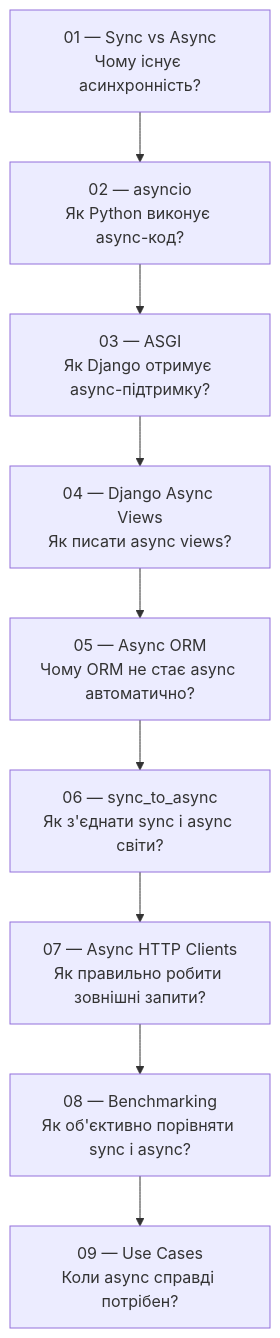
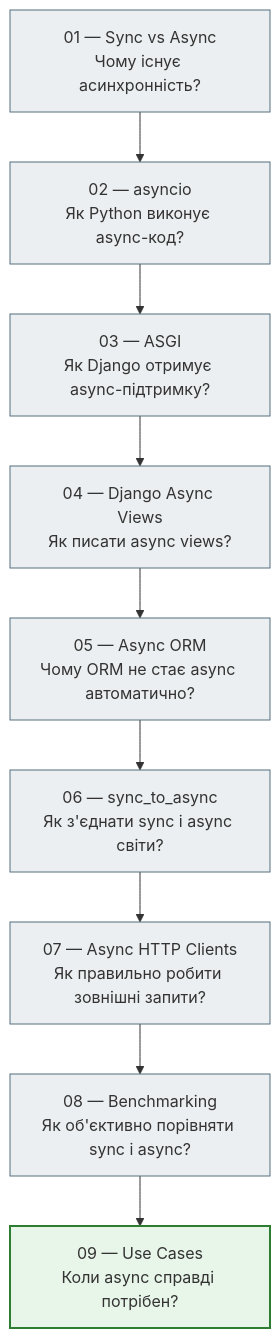
Before and after one commit to NikoriakViktot/notes_chat_app: the diagram in docs/reference/legacy_indexes/index_7.md, drawn with Mermaid. The commit also changed 441 other files, not shown here.

First line of the commit message:
Add English version of the book, Mermaid standard, docs fixes

````diff
--- a/docs/reference/legacy_indexes/index_7.md
+++ b/docs/reference/legacy_indexes/index_7.md
@@ -22,11 +22,17 @@
 ```mermaid
 flowchart TD
-    A["01 — Sync vs Async\nЧому існує асинхронність?"] --> B["02 — asyncio\nЯк Python виконує async-код?"]
-    B --> C["03 — ASGI\nЯк Django отримує async-підтримку?"]
-    C --> D["04 — Django Async Views\nЯк писати async views?"]
-    D --> E["05 — Async ORM\nЧому ORM не стає async автоматично?"]
-    E --> F["06 — sync_to_async\nЯк з'єднати sync і async світи?"]
-    F --> G["07 — Async HTTP Clients\nЯк правильно робити зовнішні запити?"]
-    G --> H["08 — Benchmarking\nЯк об'єктивно порівняти sync і async?"]
-    H --> I["09 — Use Cases\nКоли async справді потрібен?"]
+    A["01 — Sync vs Async<br>Чому існує асинхронність?"] --> B["02 — asyncio<br>Як Python виконує async-код?"]
+    B --> C["03 — ASGI<br>Як Django отримує async-підтримку?"]
+    C --> D["04 — Django Async Views<br>Як писати async views?"]
+    D --> E["05 — Async ORM<br>Чому ORM не стає async автоматично?"]
+    E --> F["06 — sync_to_async<br>Як з'єднати sync і async світи?"]
+    F --> G["07 — Async HTTP Clients<br>Як правильно робити зовнішні запити?"]
+    G --> H["08 — Benchmarking<br>Як об'єктивно порівняти sync і async?"]
+    H --> I["09 — Use Cases<br>Коли async справді потрібен?"]
+
+    classDef step     fill:#eceff1,stroke:#546e7a,stroke-width:1px;
+    classDef success  fill:#e8f5e9,stroke:#2e7d32,stroke-width:2px;
+
+    class A,B,C,D,E,F,G,H step;
+    class I success;
 ```
````
